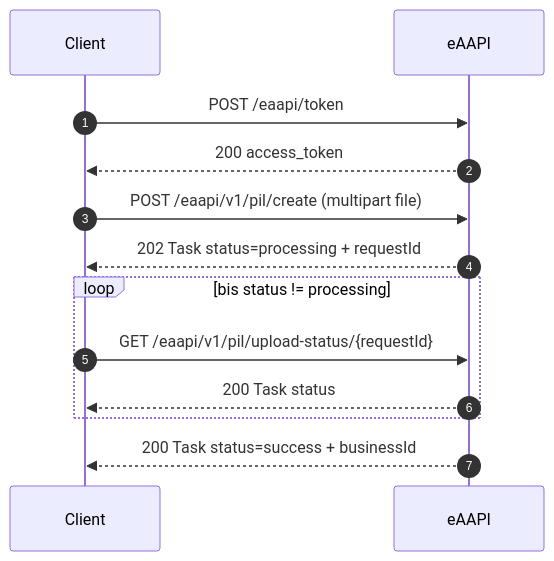
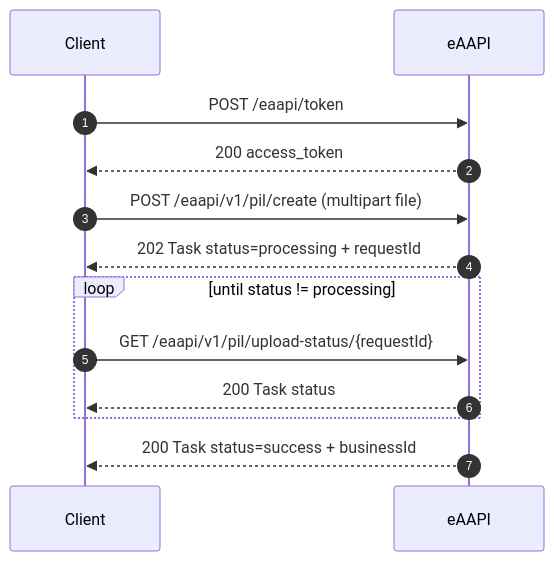
Before and after one commit to Wolfgang61/rl-digital-api-docs: the diagram in content/apis/eaapi/example.md, drawn with Mermaid. The commit also changed other lines of this file and 7 other files, not shown here.

````diff
--- a/content/apis/eaapi/example.md
+++ b/content/apis/eaapi/example.md
@@ -188,16 +194,19 @@
 ```mermaid
 sequenceDiagram
     autonumber
     participant C as Client
     participant EA as eAAPI
 
     C->>EA: POST /eaapi/token
     EA-->>C: 200 access_token
+
     C->>EA: POST /eaapi/v1/pil/create (multipart file)
     EA-->>C: 202 Task status=processing + requestId
-    loop bis status != processing
+
+    loop until status != processing
         C->>EA: GET /eaapi/v1/pil/upload-status/{requestId}
         EA-->>C: 200 Task status
     end
+
     EA-->>C: 200 Task status=success + businessId
 ```
````
